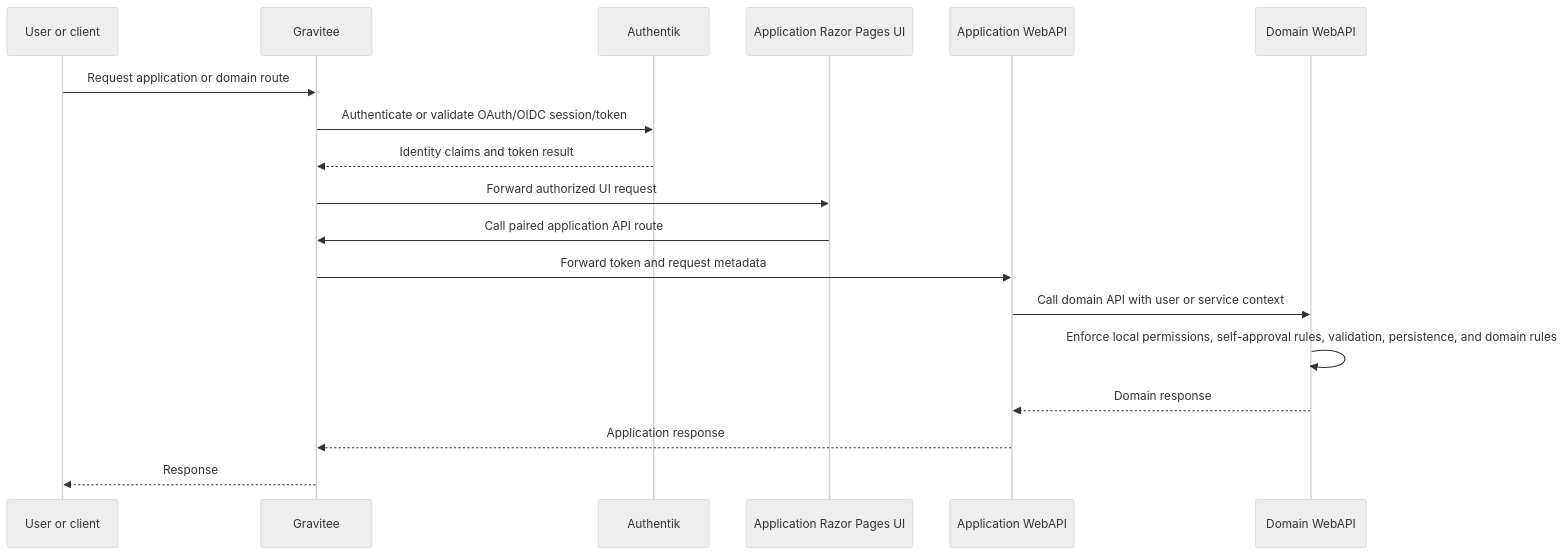
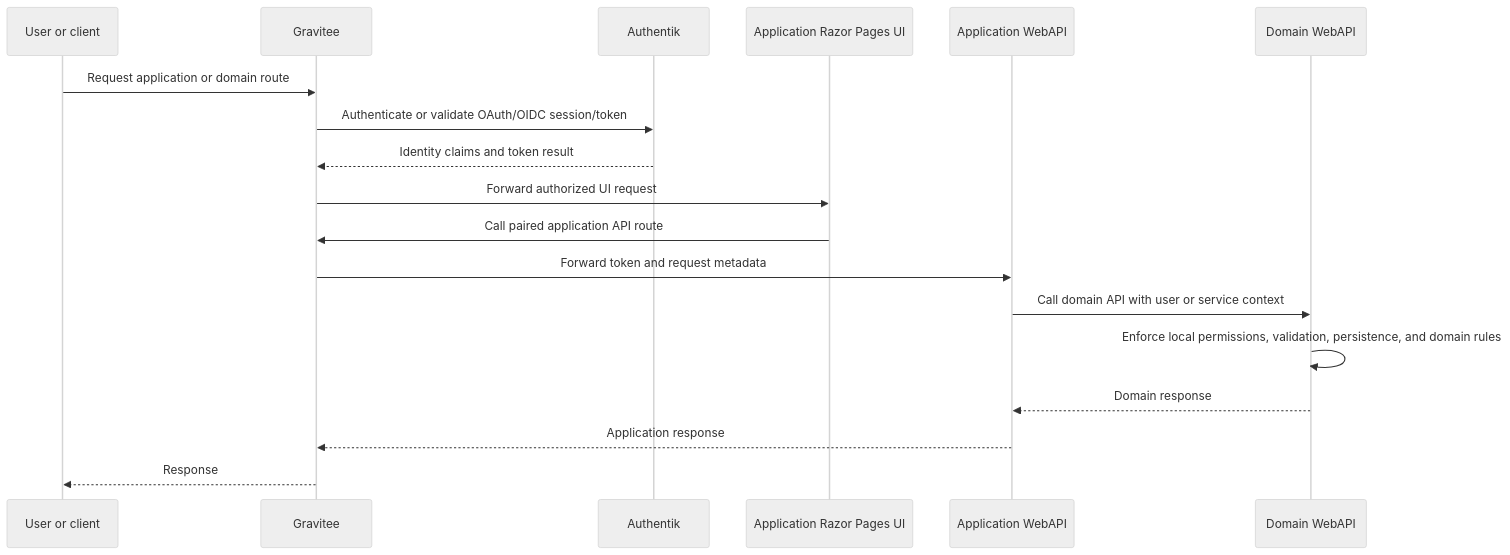
Before and after one commit to ben-cottrell/acme-erp: the diagram in docs/architecture/api-gateway-and-identity.md, drawn with Mermaid (neutral theme). The commit also changed other lines of this file and 78 other files, not shown here.

````diff
--- a/docs/architecture/api-gateway-and-identity.md
+++ b/docs/architecture/api-gateway-and-identity.md
@@ -18,21 +18,21 @@
 ```mermaid
 sequenceDiagram
     participant User as User or client
     participant Gateway as Gravitee
     participant IdP as Authentik
     participant UI as Application Razor Pages UI
     participant AppAPI as Application WebAPI
     participant DomainAPI as Domain WebAPI
 
     User->>Gateway: Request application or domain route
     Gateway->>IdP: Authenticate or validate OAuth/OIDC session/token
     IdP-->>Gateway: Identity claims and token result
     Gateway->>UI: Forward authorized UI request
     UI->>Gateway: Call paired application API route
     Gateway->>AppAPI: Forward token and request metadata
     AppAPI->>DomainAPI: Call domain API with user or service context
-    DomainAPI->>DomainAPI: Enforce local permissions, self-approval rules, validation, persistence, and domain rules
+    DomainAPI->>DomainAPI: Enforce local permissions, validation, persistence, and domain rules
     DomainAPI-->>AppAPI: Domain response
     AppAPI-->>Gateway: Application response
     Gateway-->>User: Response
 ```
````
